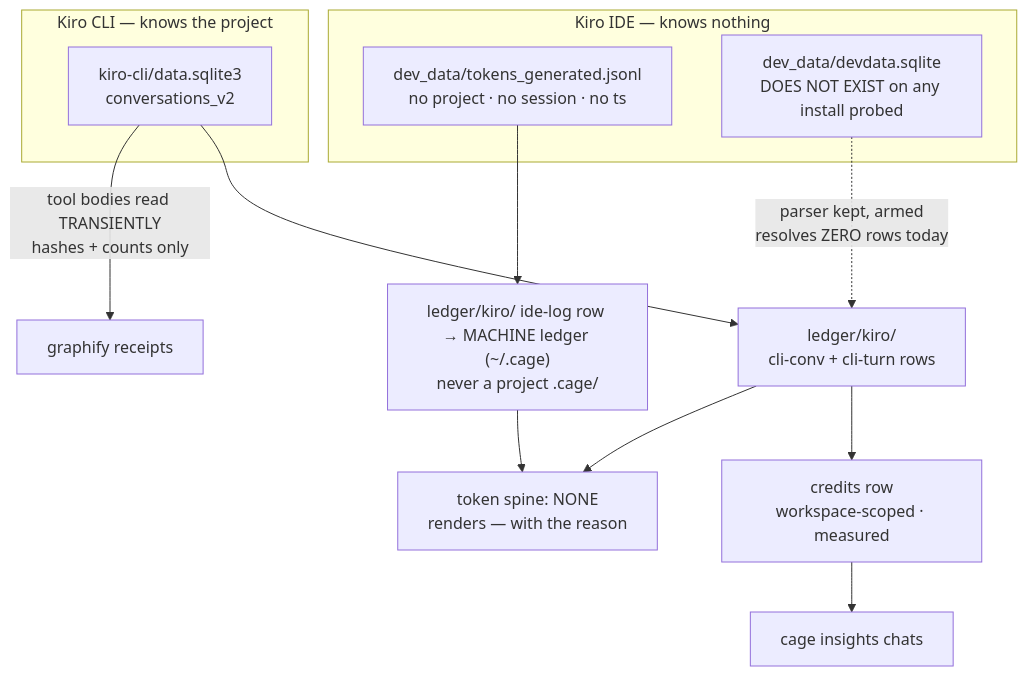
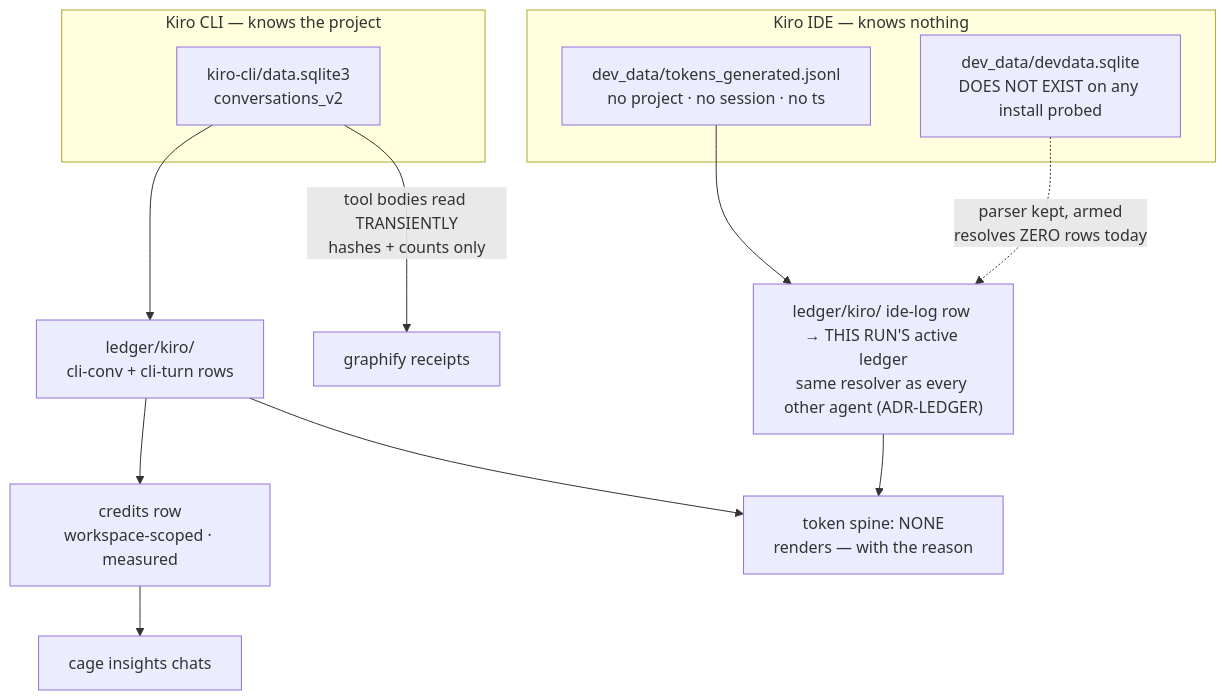
One commit to arpitarya/cage changed the diagram in docs/adr/0006_kiro.md. Above: the diagram before and after it, drawn with Mermaid. The commit also changed other lines of this file and 33 other files, not shown here.

First line of the commit message:
v0.52.0 — ADR-LEDGER: Kiro IDE rows stop routing to the machine ledger

````diff
--- a/docs/adr/0006_kiro.md
+++ b/docs/adr/0006_kiro.md
@@ -47,18 +48,18 @@
 ```mermaid
 flowchart TD
     subgraph cli["Kiro CLI — knows the project"]
         DB["kiro-cli/data.sqlite3<br/>conversations_v2"]
     end
     subgraph ide["Kiro IDE — knows nothing"]
         JL["dev_data/tokens_generated.jsonl<br/>no project · no session · no ts"]
         MISS["dev_data/devdata.sqlite<br/>DOES NOT EXIST on any install probed"]
     end
     DB --> KM["ledger/kiro/<br/>cli-conv + cli-turn rows"]
     KM --> CR["credits row<br/>workspace-scoped · measured"]
     DB -->|"tool bodies read TRANSIENTLY<br/>hashes + counts only"| GF["graphify receipts"]
-    JL --> MC["ledger/kiro/ ide-log row → MACHINE ledger (~/.cage)<br/>never a project .cage/"]
-    MISS -.->|"parser kept, armed<br/>resolves ZERO rows today"| KM
+    JL --> MC["ledger/kiro/ ide-log row → THIS RUN'S active ledger<br/>same resolver as every other agent (ADR-LEDGER)"]
+    MISS -.->|"parser kept, armed<br/>resolves ZERO rows today"| MC
     MC --> NS
     KM --> NS["token spine: NONE<br/>renders — with the reason"]
     CR --> V["cage insights chats"]
 ```
````
